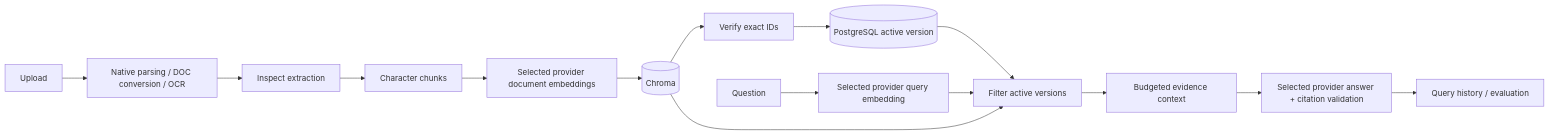
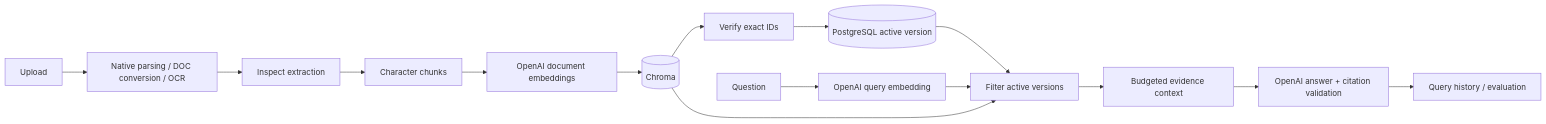
Before and after one commit to Dorjnyam/rag_chatbot_try: the diagram in README.md, drawn with Mermaid. The commit also changed other lines of this file and 50 other files, not shown here.

````diff
--- a/README.md
+++ b/README.md
@@ -107,17 +101,17 @@
 ```mermaid
 flowchart LR
   Upload --> Parse[Native parsing / DOC conversion / OCR]
   Parse --> Review[Inspect extraction]
   Review --> Chunk[Character chunks]
-  Chunk --> Embed[Selected provider document embeddings]
+  Chunk --> Embed[OpenAI document embeddings]
   Embed --> Chroma[(Chroma)]
   Chroma --> Verify[Verify exact IDs]
   Verify --> PG[(PostgreSQL active version)]
-  Question --> QE[Selected provider query embedding]
+  Question --> QE[OpenAI query embedding]
   PG --> Retrieve[Filter active versions]
   QE --> Retrieve
   Chroma --> Retrieve
   Retrieve --> Context[Budgeted evidence context]
-  Context --> Answer[Selected provider answer + citation validation]
+  Context --> Answer[OpenAI answer + citation validation]
   Answer --> Trace[Query history / evaluation]
 ```
````
